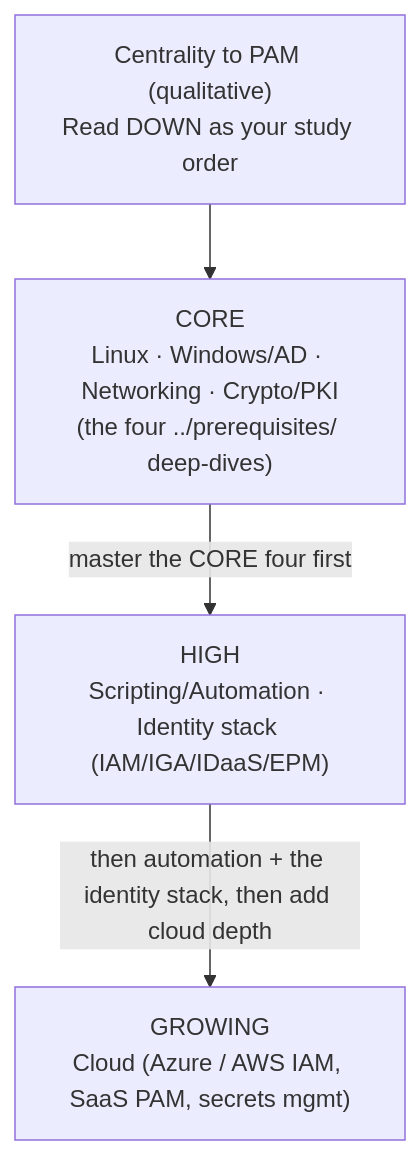
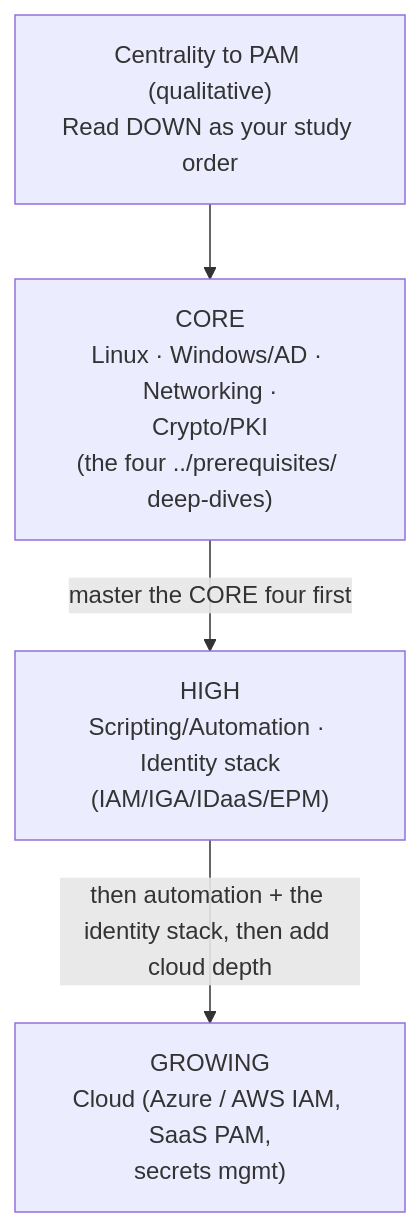
The first of 2 diagrams in career/skills-and-adjacent-certifications.md (morandeirachema/WallixCerts), drawn with Mermaid before and after one commit. The commit also changed 37 other files, not shown here.

First line of the commit message:
Make Mermaid node boxes fit their text (wrap long labels) + enforce it

````diff
--- a/career/skills-and-adjacent-certifications.md
+++ b/career/skills-and-adjacent-certifications.md
@@ -60,11 +60,11 @@
 ```mermaid
 flowchart TD
     title["Centrality to PAM (qualitative)<br/>Read DOWN as your study order"]
-    core["CORE<br/>Linux · Windows/AD · Networking · Crypto/PKI<br/>(the four ../prerequisites/ deep-dives)"]
-    high["HIGH<br/>Scripting/Automation · Identity stack (IAM/IGA/IDaaS/EPM)"]
-    growing["GROWING<br/>Cloud (Azure / AWS IAM, SaaS PAM, secrets mgmt)"]
+    core["CORE<br/>Linux · Windows/AD · Networking ·<br/>Crypto/PKI<br/>(the four ../prerequisites/ deep-dives)"]
+    high["HIGH<br/>Scripting/Automation · Identity stack<br/>(IAM/IGA/IDaaS/EPM)"]
+    growing["GROWING<br/>Cloud (Azure / AWS IAM, SaaS PAM,<br/>secrets mgmt)"]
 
     title --> core
     core -->|"master the CORE four first"| high
     high -->|"then automation + the identity stack, then add cloud depth"| growing
 ```
````
